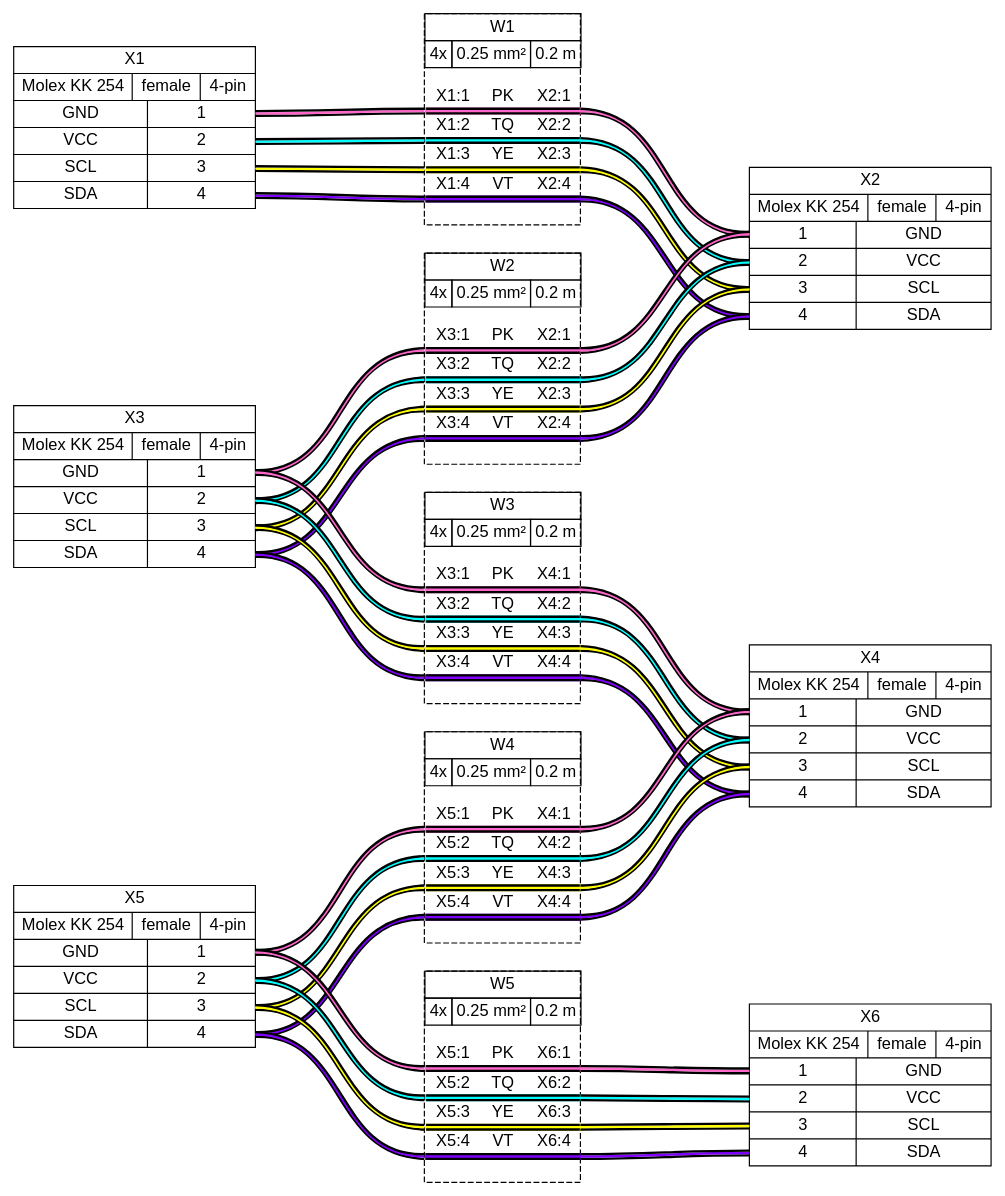
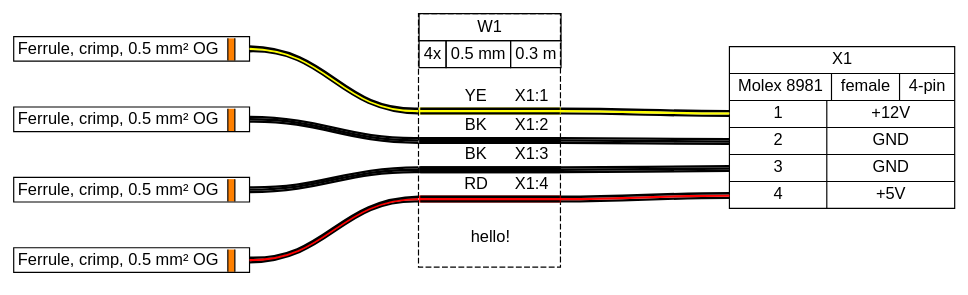
The diagram in tutorial/tutorial05.gv (wireviz/WireViz), drawn with Graphviz before and after one commit. The commit also changed 28 other files, not shown here.

```diff
--- a/tutorial/tutorial05.gv
+++ b/tutorial/tutorial05.gv
@@ -1,78 +1,65 @@
 graph {
 // Graph generated by WireViz
 // https://github.com/formatc1702/WireViz
 	graph [bgcolor=white fontname=arial nodesep=0.33 rankdir=LR ranksep=2]
 	node [fillcolor=white fontname=arial shape=record style=filled]
 	edge [fontname=arial style=bold]
-	X1 [label="X1|{Molex KK 254|female|4-pin}|{{GND|VCC|SCL|SDA}|{<p1r>1|<p2r>2|<p3r>3|<p4r>4}}"]
-	X2 [label="X2|{Molex KK 254|female|4-pin}|{{<p1l>1|<p2l>2|<p3l>3|<p4l>4}|{GND|VCC|SCL|SDA}}"]
-	X3 [label="X3|{Molex KK 254|female|4-pin}|{{GND|VCC|SCL|SDA}|{<p1r>1|<p2r>2|<p3r>3|<p4r>4}}"]
-	X4 [label="X4|{Molex KK 254|female|4-pin}|{{<p1l>1|<p2l>2|<p3l>3|<p4l>4}|{GND|VCC|SCL|SDA}}"]
-	X5 [label="X5|{Molex KK 254|female|4-pin}|{{GND|VCC|SCL|SDA}|{<p1r>1|<p2r>2|<p3r>3|<p4r>4}}"]
-	X6 [label="X6|{Molex KK 254|female|4-pin}|{{<p1l>1|<p2l>2|<p3l>3|<p4l>4}|{GND|VCC|SCL|SDA}}"]
-	edge [color="#000000:#ff66cc:#000000"]
-	X1:p1r:e -- W1:w1:w
-	W1:w1:e -- X2:p1l:w
-	edge [color="#000000:#00ffff:#000000"]
-	X1:p2r:e -- W1:w2:w
-	W1:w2:e -- X2:p2l:w
+	X1 [label="X1|{Molex 8981|female|4-pin}|{{<p1l>1|<p2l>2|<p3l>3|<p4l>4}|{+12V|GND|GND|+5V}}"]
+	_F1 [label=<
+
+                <TABLE BORDER="1" CELLBORDER="0" CELLSPACING="0" CELLPADDING="2"><TR>
+                <TD PORT="p1l"> Ferrule, crimp, 0.5 mm² OG </TD>
+                <TD BGCOLOR="#FF8000" BORDER="1" SIDES="LR" WIDTH="4"></TD>
+                <TD PORT="p1r">  </TD>
+                </TR></TABLE>
+
+
+                > margin=0 orientation=180 shape=none style=filled]
+	_F2 [label=<
+
+                <TABLE BORDER="1" CELLBORDER="0" CELLSPACING="0" CELLPADDING="2"><TR>
+                <TD PORT="p1l"> Ferrule, crimp, 0.5 mm² OG </TD>
+                <TD BGCOLOR="#FF8000" BORDER="1" SIDES="LR" WIDTH="4"></TD>
+                <TD PORT="p1r">  </TD>
+                </TR></TABLE>
+
+
+                > margin=0 orientation=180 shape=none style=filled]
+	_F3 [label=<
+
+                <TABLE BORDER="1" CELLBORDER="0" CELLSPACING="0" CELLPADDING="2"><TR>
+                <TD PORT="p1l"> Ferrule, crimp, 0.5 mm² OG </TD>
+                <TD BGCOLOR="#FF8000" BORDER="1" SIDES="LR" WIDTH="4"></TD>
+                <TD PORT="p1r">  </TD>
+                </TR></TABLE>
+
+
+                > margin=0 orientation=180 shape=none style=filled]
+	_F4 [label=<
+
+                <TABLE BORDER="1" CELLBORDER="0" CELLSPACING="0" CELLPADDING="2"><TR>
+                <TD PORT="p1l"> Ferrule, crimp, 0.5 mm² OG </TD>
+                <TD BGCOLOR="#FF8000" BORDER="1" SIDES="LR" WIDTH="4"></TD>
+                <TD PORT="p1r">  </TD>
+                </TR></TABLE>
+
+
+                > margin=0 orientation=180 shape=none style=filled]
 	edge [color="#000000:#ffff00:#000000"]
-	X1:p3r:e -- W1:w3:w
-	W1:w3:e -- X2:p3l:w
-	edge [color="#000000:#8000ff:#000000"]
-	X1:p4r:e -- W1:w4:w
-	W1:w4:e -- X2:p4l:w
-	W1 [label=<<table border="0" cellspacing="0" cellpadding="0"><tr><td><table border="0" cellspacing="0" cellpadding="3" cellborder="1"><tr><td colspan="3">W1</td></tr><tr><td>4x</td><td>0.25 mm²</td><td>0.2 m</td></tr></table></td></tr><tr><td>&nbsp;</td></tr><tr><td><table border="0" cellspacing="0" cellborder="0"><tr><td>X1:1</td><td>PK</td><td>X2:1</td></tr><tr><td colspan="3" cellpadding="0" height="6" bgcolor="#ff66cc" border="2" sides="tb" port="w1"></td></tr><tr><td>X1:2</td><td>TQ</td><td>X2:2</td></tr><tr><td colspan="3" cellpadding="0" height="6" bgcolor="#00ffff" border="2" sides="tb" port="w2"></td></tr><tr><td>X1:3</td><td>YE</td><td>X2:3</td></tr><tr><td colspan="3" cellpadding="0" height="6" bgcolor="#ffff00" border="2" sides="tb" port="w3"></td></tr><tr><td>X1:4</td><td>VT</td><td>X2:4</td></tr><tr><td colspan="3" cellpadding="0" height="6" bgcolor="#8000ff" border="2" sides="tb" port="w4"></td></tr><tr><td>&nbsp;</td></tr></table></td></tr></table>> fillcolor=white margin=0 shape=box style="filled,dashed"]
-	edge [color="#000000:#ff66cc:#000000"]
-	X3:p1r:e -- W2:w1:w
-	W2:w1:e -- X2:p1l:w
-	edge [color="#000000:#00ffff:#000000"]
-	X3:p2r:e -- W2:w2:w
-	W2:w2:e -- X2:p2l:w
+	_F1:e -- W1:w1:w
+	edge [color="#000000:#000000:#000000"]
+	_F2:e -- W1:w2:w
+	edge [color="#000000:#000000:#000000"]
+	_F3:e -- W1:w3:w
+	edge [color="#000000:#ff0000:#000000"]
+	_F4:e -- W1:w4:w
 	edge [color="#000000:#ffff00:#000000"]
-	X3:p3r:e -- W2:w3:w
-	W2:w3:e -- X2:p3l:w
-	edge [color="#000000:#8000ff:#000000"]
-	X3:p4r:e -- W2:w4:w
-	W2:w4:e -- X2:p4l:w
-	W2 [label=<<table border="0" cellspacing="0" cellpadding="0"><tr><td><table border="0" cellspacing="0" cellpadding="3" cellborder="1"><tr><td colspan="3">W2</td></tr><tr><td>4x</td><td>0.25 mm²</td><td>0.2 m</td></tr></table></td></tr><tr><td>&nbsp;</td></tr><tr><td><table border="0" cellspacing="0" cellborder="0"><tr><td>X3:1</td><td>PK</td><td>X2:1</td></tr><tr><td colspan="3" cellpadding="0" height="6" bgcolor="#ff66cc" border="2" sides="tb" port="w1"></td></tr><tr><td>X3:2</td><td>TQ</td><td>X2:2</td></tr><tr><td colspan="3" cellpadding="0" height="6" bgcolor="#00ffff" border="2" sides="tb" port="w2"></td></tr><tr><td>X3:3</td><td>YE</td><td>X2:3</td></tr><tr><td colspan="3" cellpadding="0" height="6" bgcolor="#ffff00" border="2" sides="tb" port="w3"></td></tr><tr><td>X3:4</td><td>VT</td><td>X2:4</td></tr><tr><td colspan="3" cellpadding="0" height="6" bgcolor="#8000ff" border="2" sides="tb" port="w4"></td></tr><tr><td>&nbsp;</td></tr></table></td></tr></table>> fillcolor=white margin=0 shape=box style="filled,dashed"]
-	edge [color="#000000:#ff66cc:#000000"]
-	X3:p1r:e -- W3:w1:w
-	W3:w1:e -- X4:p1l:w
-	edge [color="#000000:#00ffff:#000000"]
-	X3:p2r:e -- W3:w2:w
-	W3:w2:e -- X4:p2l:w
-	edge [color="#000000:#ffff00:#000000"]
-	X3:p3r:e -- W3:w3:w
-	W3:w3:e -- X4:p3l:w
-	edge [color="#000000:#8000ff:#000000"]
-	X3:p4r:e -- W3:w4:w
-	W3:w4:e -- X4:p4l:w
-	W3 [label=<<table border="0" cellspacing="0" cellpadding="0"><tr><td><table border="0" cellspacing="0" cellpadding="3" cellborder="1"><tr><td colspan="3">W3</td></tr><tr><td>4x</td><td>0.25 mm²</td><td>0.2 m</td></tr></table></td></tr><tr><td>&nbsp;</td></tr><tr><td><table border="0" cellspacing="0" cellborder="0"><tr><td>X3:1</td><td>PK</td><td>X4:1</td></tr><tr><td colspan="3" cellpadding="0" height="6" bgcolor="#ff66cc" border="2" sides="tb" port="w1"></td></tr><tr><td>X3:2</td><td>TQ</td><td>X4:2</td></tr><tr><td colspan="3" cellpadding="0" height="6" bgcolor="#00ffff" border="2" sides="tb" port="w2"></td></tr><tr><td>X3:3</td><td>YE</td><td>X4:3</td></tr><tr><td colspan="3" cellpadding="0" height="6" bgcolor="#ffff00" border="2" sides="tb" port="w3"></td></tr><tr><td>X3:4</td><td>VT</td><td>X4:4</td></tr><tr><td colspan="3" cellpadding="0" height="6" bgcolor="#8000ff" border="2" sides="tb" port="w4"></td></tr><tr><td>&nbsp;</td></tr></table></td></tr></table>> fillcolor=white margin=0 shape=box style="filled,dashed"]
-	edge [color="#000000:#ff66cc:#000000"]
-	X5:p1r:e -- W4:w1:w
-	W4:w1:e -- X4:p1l:w
-	edge [color="#000000:#00ffff:#000000"]
-	X5:p2r:e -- W4:w2:w
-	W4:w2:e -- X4:p2l:w
-	edge [color="#000000:#ffff00:#000000"]
-	X5:p3r:e -- W4:w3:w
-	W4:w3:e -- X4:p3l:w
-	edge [color="#000000:#8000ff:#000000"]
-	X5:p4r:e -- W4:w4:w
-	W4:w4:e -- X4:p4l:w
-	W4 [label=<<table border="0" cellspacing="0" cellpadding="0"><tr><td><table border="0" cellspacing="0" cellpadding="3" cellborder="1"><tr><td colspan="3">W4</td></tr><tr><td>4x</td><td>0.25 mm²</td><td>0.2 m</td></tr></table></td></tr><tr><td>&nbsp;</td></tr><tr><td><table border="0" cellspacing="0" cellborder="0"><tr><td>X5:1</td><td>PK</td><td>X4:1</td></tr><tr><td colspan="3" cellpadding="0" height="6" bgcolor="#ff66cc" border="2" sides="tb" port="w1"></td></tr><tr><td>X5:2</td><td>TQ</td><td>X4:2</td></tr><tr><td colspan="3" cellpadding="0" height="6" bgcolor="#00ffff" border="2" sides="tb" port="w2"></td></tr><tr><td>X5:3</td><td>YE</td><td>X4:3</td></tr><tr><td colspan="3" cellpadding="0" height="6" bgcolor="#ffff00" border="2" sides="tb" port="w3"></td></tr><tr><td>X5:4</td><td>VT</td><td>X4:4</td></tr><tr><td colspan="3" cellpadding="0" height="6" bgcolor="#8000ff" border="2" sides="tb" port="w4"></td></tr><tr><td>&nbsp;</td></tr></table></td></tr></table>> fillcolor=white margin=0 shape=box style="filled,dashed"]
-	edge [color="#000000:#ff66cc:#000000"]
-	X5:p1r:e -- W5:w1:w
-	W5:w1:e -- X6:p1l:w
-	edge [color="#000000:#00ffff:#000000"]
-	X5:p2r:e -- W5:w2:w
-	W5:w2:e -- X6:p2l:w
-	edge [color="#000000:#ffff00:#000000"]
-	X5:p3r:e -- W5:w3:w
-	W5:w3:e -- X6:p3l:w
-	edge [color="#000000:#8000ff:#000000"]
-	X5:p4r:e -- W5:w4:w
-	W5:w4:e -- X6:p4l:w
-	W5 [label=<<table border="0" cellspacing="0" cellpadding="0"><tr><td><table border="0" cellspacing="0" cellpadding="3" cellborder="1"><tr><td colspan="3">W5</td></tr><tr><td>4x</td><td>0.25 mm²</td><td>0.2 m</td></tr></table></td></tr><tr><td>&nbsp;</td></tr><tr><td><table border="0" cellspacing="0" cellborder="0"><tr><td>X5:1</td><td>PK</td><td>X6:1</td></tr><tr><td colspan="3" cellpadding="0" height="6" bgcolor="#ff66cc" border="2" sides="tb" port="w1"></td></tr><tr><td>X5:2</td><td>TQ</td><td>X6:2</td></tr><tr><td colspan="3" cellpadding="0" height="6" bgcolor="#00ffff" border="2" sides="tb" port="w2"></td></tr><tr><td>X5:3</td><td>YE</td><td>X6:3</td></tr><tr><td colspan="3" cellpadding="0" height="6" bgcolor="#ffff00" border="2" sides="tb" port="w3"></td></tr><tr><td>X5:4</td><td>VT</td><td>X6:4</td></tr><tr><td colspan="3" cellpadding="0" height="6" bgcolor="#8000ff" border="2" sides="tb" port="w4"></td></tr><tr><td>&nbsp;</td></tr></table></td></tr></table>> fillcolor=white margin=0 shape=box style="filled,dashed"]
+	W1:w1:e -- X1:p1l:w
+	edge [color="#000000:#000000:#000000"]
+	W1:w2:e -- X1:p2l:w
+	edge [color="#000000:#000000:#000000"]
+	W1:w3:e -- X1:p3l:w
+	edge [color="#000000:#ff0000:#000000"]
+	W1:w4:e -- X1:p4l:w
+	W1 [label=<<table border="0" cellspacing="0" cellpadding="0"><tr><td><table border="0" cellspacing="0" cellpadding="3" cellborder="1"><tr><td colspan="3">W1</td></tr><tr><td>4x</td><td>0.5 mm</td><td>0.3 m</td></tr></table></td></tr><tr><td>&nbsp;</td></tr><tr><td><table border="0" cellspacing="0" cellborder="0"><tr><td></td><td>YE</td><td>X1:1</td></tr><tr><td colspan="3" cellpadding="0" height="6" bgcolor="#ffff00" border="2" sides="tb" port="w1"></td></tr><tr><td></td><td>BK</td><td>X1:2</td></tr><tr><td colspan="3" cellpadding="0" height="6" bgcolor="#000000" border="2" sides="tb" port="w2"></td></tr><tr><td></td><td>BK</td><td>X1:3</td></tr><tr><td colspan="3" cellpadding="0" height="6" bgcolor="#000000" border="2" sides="tb" port="w3"></td></tr><tr><td></td><td>RD</td><td>X1:4</td></tr><tr><td colspan="3" cellpadding="0" height="6" bgcolor="#ff0000" border="2" sides="tb" port="w4"></td></tr><tr><td>&nbsp;</td></tr></table></td></tr><tr><td cellpadding="3">hello!</td></tr><tr><td>&nbsp;</td></tr></table>> fillcolor=white margin=0 shape=box style="filled,dashed"]
 }
```
